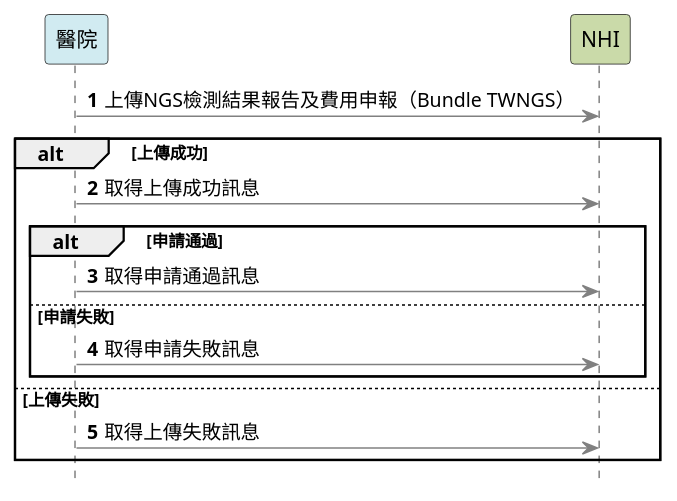
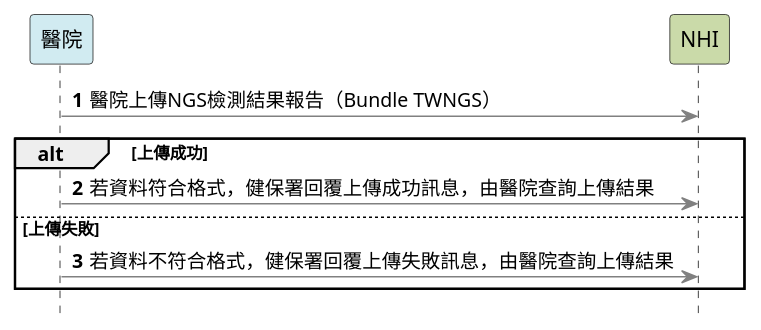
One commit to TWNHIFHIR/ngs changed the diagram in input/images-source/ngs.plantuml. Above: the diagram before and after it, drawn with PlantUML. The commit also changed 27 other files, not shown here.

```diff
--- a/input/images-source/ngs.plantuml
+++ b/input/images-source/ngs.plantuml
@@ -1,26 +1,21 @@
 @startuml
 autonumber
 
 skinparam sequence {
 ArrowColor gray
 ActorBorderColor gray
 LifeLineBorderColor black
 }
 skinparam shadowing false
 hide footbox
 
 participant 醫院 #d1ebf1
 participant NHI  #cadaa9
-醫院 -> NHI: 上傳NGS檢測結果報告及費用申報（Bundle TWNGS）
+醫院 -> NHI: 醫院上傳NGS檢測結果報告（Bundle TWNGS）
 
 alt 上傳成功
-    醫院 ->NHI : 取得上傳成功訊息
-    alt 申請通過
-        醫院 ->NHI : 取得申請通過訊息
-    else 申請失敗
-        醫院 ->NHI : 取得申請失敗訊息
-    end
+    醫院 ->NHI : 若資料符合格式，健保署回覆上傳成功訊息，由醫院查詢上傳結果
 else 上傳失敗
-    醫院 -> NHI: 取得上傳失敗訊息
+    醫院 -> NHI: 若資料不符合格式，健保署回覆上傳失敗訊息，由醫院查詢上傳結果
 end
 @enduml
```
